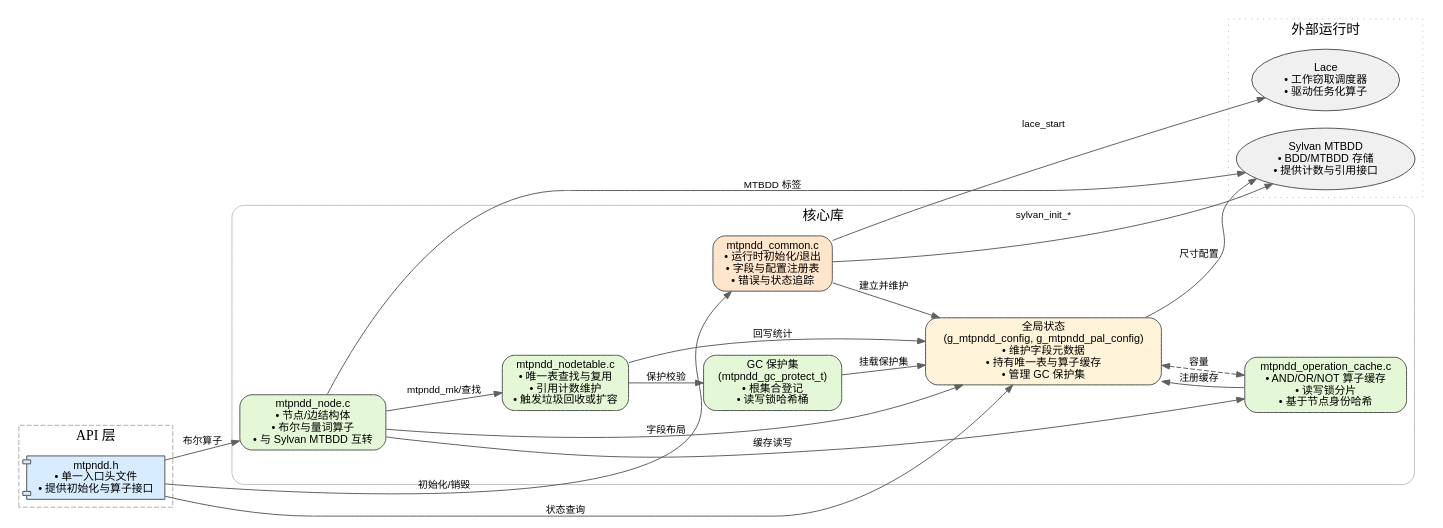
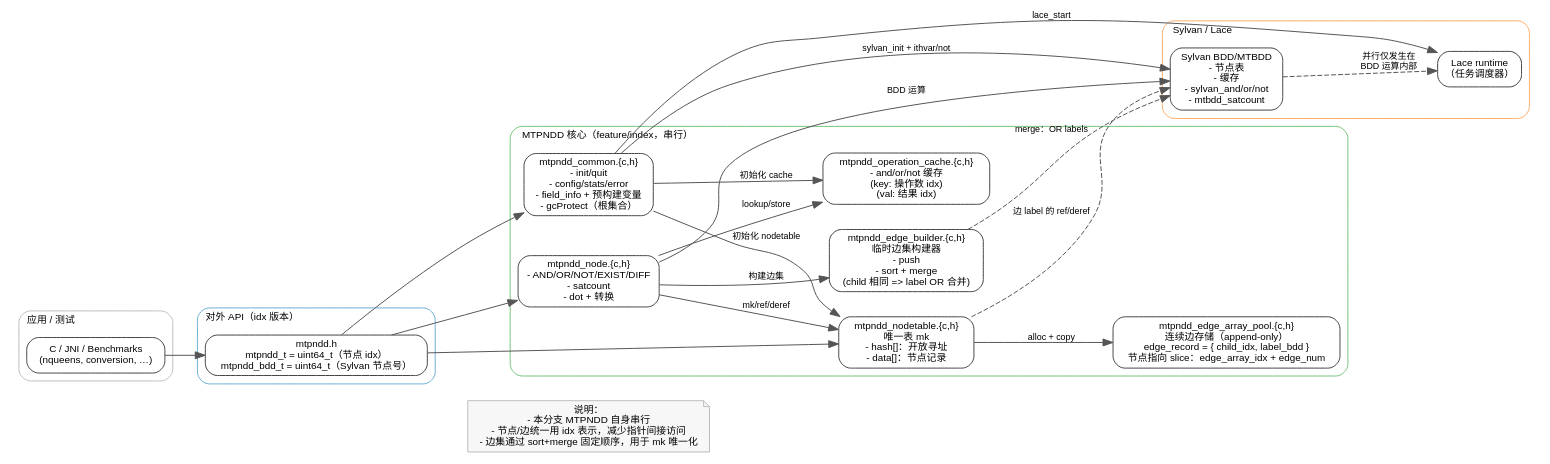
One commit to Augists/MTPNDD changed the diagram in docs/mtpndd_architecture_zh.dot. Above: the diagram before and after it, drawn with Graphviz. The commit also changed other lines of this file and 27 other files, not shown here.

Commit message:
feat: migrate to edge array pool

```diff
--- a/docs/mtpndd_architecture_zh.dot
+++ b/docs/mtpndd_architecture_zh.dot
@@ -1,57 +1,74 @@
-digraph MTPNDD_ZH {
-    rankdir=LR;
-    splines=true;
-    bgcolor="white";
-    node [shape=box, style="rounded,filled", fillcolor="#f7f7f7", color="#555555", fontname="Helvetica", fontsize=11];
-    edge [color="#606060", fontname="Helvetica", fontsize=10, arrowsize=0.8];
+// MTPNDD 架构图（feature/index）
+// 生成：dot -Tpng docs/mtpndd_architecture_zh.dot -o docs/mtpndd_architecture_zh.png
+digraph MTPNDD_Architecture_ZH {
+  rankdir=LR;
+  compound=true;
+  splines=true;
+  nodesep=0.35;
+  ranksep=0.55;
 
-    subgraph cluster_api {
-        label="API 层";
-        style="dashed";
-        color="#b0b0b0";
-        api [label="mtpndd.h\n• 单一入口头文件\n• 提供初始化与算子接口", shape=component, fillcolor="#d7ecff"];
-    }
+  graph [fontname="Helvetica", fontsize=10, labelloc="t", labeljust="l"];
+  node  [fontname="Helvetica", fontsize=10, shape=box, style="rounded,filled", fillcolor="#ffffff", color="#444444"];
+  edge  [fontname="Helvetica", fontsize=9, color="#555555"];
 
-    subgraph cluster_core {
-        label="核心库";
-        style="rounded";
-        color="#c0c0c0";
-        common [label="mtpndd_common.c\n• 运行时初始化/退出\n• 字段与配置注册表\n• 错误与状态追踪", fillcolor="#ffe5cc"];
-        config [label="全局状态\n(g_mtpndd_config, g_mtpndd_pal_config)\n• 维护字段元数据\n• 持有唯一表与算子缓存\n• 管理 GC 保护集", fillcolor="#fff4d9"];
-        node_ops [label="mtpndd_node.c\n• 节点/边结构体\n• 布尔与量词算子\n• 与 Sylvan MTBDD 互转", fillcolor="#e4f7d7"];
-        nodetable [label="mtpndd_nodetable.c\n• 唯一表查找与复用\n• 引用计数维护\n• 触发垃圾回收或扩容", fillcolor="#e4f7d7"];
-        cache [label="mtpndd_operation_cache.c\n• AND/OR/NOT 算子缓存\n• 读写锁分片\n• 基于节点身份哈希", fillcolor="#e4f7d7"];
-        gc [label="GC 保护集\n(mtpndd_gc_protect_t)\n• 根集合登记\n• 读写锁哈希桶", fillcolor="#e4f7d7"];
-    }
+  subgraph cluster_app {
+    label="应用 / 测试";
+    color="#bdbdbd";
+    style="rounded";
+    app [label="C / JNI / Benchmarks\n(nqueens, conversion, …)"];
+  }
 
-    subgraph cluster_runtime {
-        label="外部运行时";
-        style="dotted";
-        color="#bcbcbc";
-        lace [label="Lace\n• 工作窃取调度器\n• 驱动任务化算子", shape=ellipse, fillcolor="#f0f0f0"];
-        sylvan [label="Sylvan MTBDD\n• BDD/MTBDD 存储\n• 提供计数与引用接口", shape=ellipse, fillcolor="#f0f0f0"];
-    }
+  subgraph cluster_api {
+    label="对外 API（idx 版本）";
+    color="#6baed6";
+    style="rounded";
+    api [label="mtpndd.h\nmtpndd_t = uint64_t（节点 idx）\nmtpndd_bdd_t = uint64_t（Sylvan 节点号）"];
+  }
 
-    api -> common [label="初始化/销毁" weight=2];
-    api -> node_ops [label="布尔算子" weight=2];
-    api -> config [label="状态查询"];
+  subgraph cluster_core {
+    label="MTPNDD 核心（feature/index，串行）";
+    color="#74c476";
+    style="rounded";
 
-    common -> config [label="建立并维护" weight=2];
-    common -> lace [label="lace_start" minlen=2];
-    common -> sylvan [label="sylvan_init_*" minlen=2];
+    common [label="mtpndd_common.{c,h}\n- init/quit\n- config/stats/error\n- field_info + 预构建变量\n- gcProtect（根集合）"];
+    nodeops [label="mtpndd_node.{c,h}\n- AND/OR/NOT/EXIST/DIFF\n- satcount\n- dot + 转换"];
+    nodetable [label="mtpndd_nodetable.{c,h}\n唯一表 mk\n- hash[]：开放寻址\n- data[]：节点记录"];
+    opcache [label="mtpndd_operation_cache.{c,h}\n- and/or/not 缓存\n(key: 操作数 idx)\n(val: 结果 idx)"];
+    builder [label="mtpndd_edge_builder.{c,h}\n临时边集构建器\n- push\n- sort + merge\n(child 相同 => label OR 合并)"];
+    edgepool [label="mtpndd_edge_array_pool.{c,h}\n连续边存储（append-only）\nedge_record = { child_idx, label_bdd }\n节点指向 slice：edge_array_idx + edge_num"];
+  }
 
-    node_ops -> nodetable [label="mtpndd_mk/查找" weight=2];
-    node_ops -> cache [label="缓存读写"];
-    node_ops -> sylvan [label="MTBDD 标签" minlen=2];
-    node_ops -> config [label="字段布局"];
+  subgraph cluster_sylvan {
+    label="Sylvan / Lace";
+    color="#fdae6b";
+    style="rounded";
+    lace   [label="Lace runtime\n（任务调度器）"];
+    sylvan [label="Sylvan BDD/MTBDD\n- 节点表\n- 缓存\n- sylvan_and/or/not\n- mtbdd_satcount"];
+  }
 
-    nodetable -> config [label="回写统计"];
-    nodetable -> gc [label="保护校验"];
+  app -> api;
 
-    cache -> config [label="注册缓存"];
+  api -> common;
+  api -> nodeops;
+  api -> nodetable;
 
-    gc -> config [label="挂载保护集"];
+  common -> lace   [label="lace_start"];
+  common -> sylvan [label="sylvan_init + ithvar/not"];
+  common -> nodetable [label="初始化 nodetable"];
+  common -> opcache [label="初始化 cache"];
 
-    config -> sylvan [label="尺寸配置"];
-    config -> cache [label="容量" dir="both" style="dashed"];
+  nodeops -> opcache   [label="lookup/store"];
+  nodeops -> builder   [label="构建边集"];
+  nodeops -> nodetable [label="mk/ref/deref"];
+  nodeops -> sylvan    [label="BDD 运算"];
+
+  builder -> sylvan    [style="dashed", label="merge：OR labels"];
+  nodetable -> edgepool [label="alloc + copy"];
+  nodetable -> sylvan   [style="dashed", label="边 label 的 ref/deref"];
+
+  sylvan -> lace [style="dashed", label="并行仅发生在\nBDD 运算内部"];
+
+  legend [shape=note, style="filled", fillcolor="#f7f7f7", color="#bdbdbd",
+          label="说明：\n- 本分支 MTPNDD 自身串行\n- 节点/边统一用 idx 表示，减少指针间接访问\n- 边集通过 sort+merge 固定顺序，用于 mk 唯一化"];
+  api -> legend [style="invis"];
 }
```
